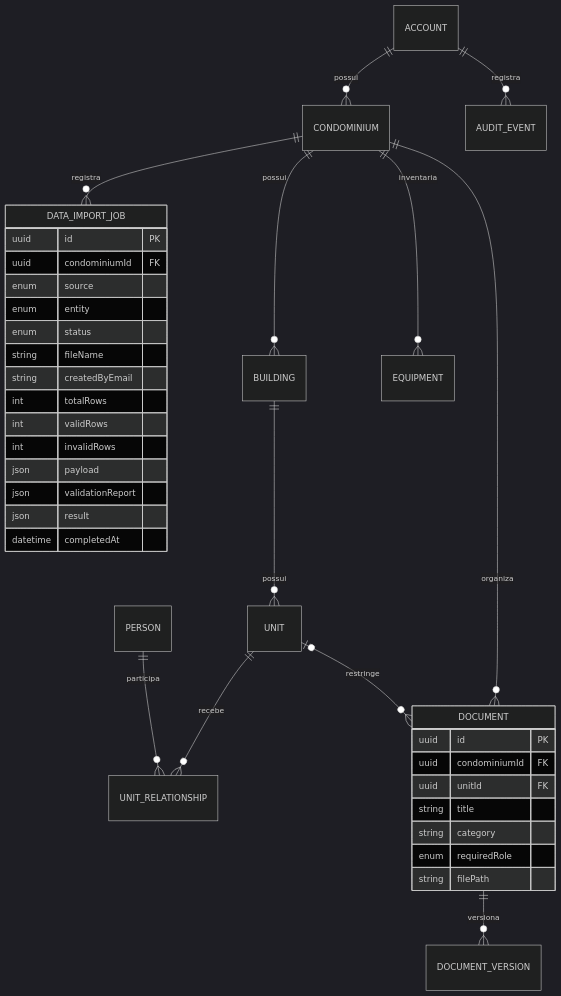
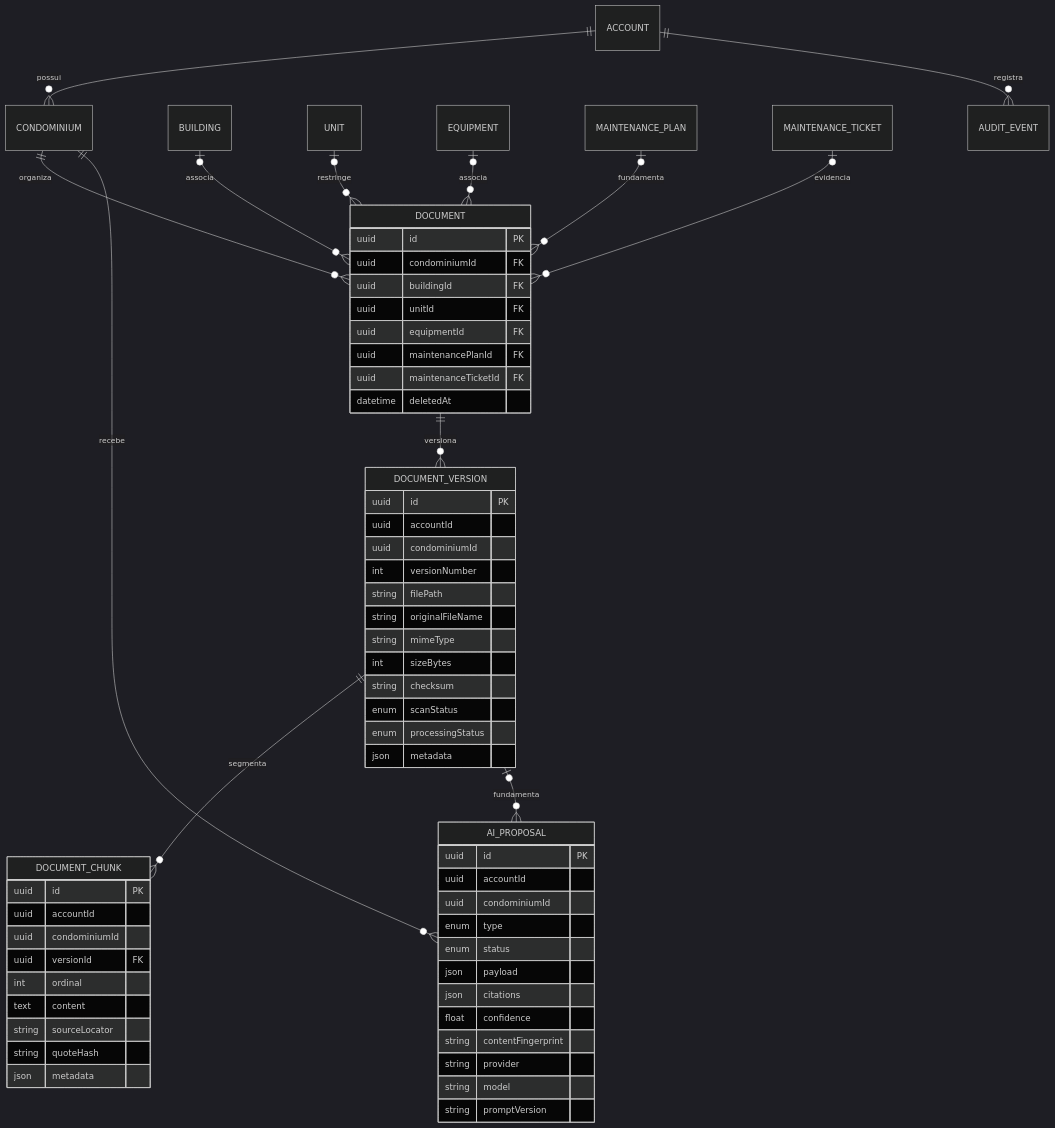
One commit to communitypower/GCV-Condominio-v3.0 changed the fourth of 5 diagrams in docs/DATA_IMPORT_TECHNICAL_ARCHITECTURE.md. Above: the diagram before and after it, drawn with Mermaid (dark theme). The commit also changed other lines of this file and 8 other files, not shown here.

````diff
--- a/docs/DATA_IMPORT_TECHNICAL_ARCHITECTURE.md
+++ b/docs/DATA_IMPORT_TECHNICAL_ARCHITECTURE.md
@@ -120,41 +176,65 @@
 ```mermaid
 erDiagram
     ACCOUNT ||--o{ CONDOMINIUM : possui
-    CONDOMINIUM ||--o{ DATA_IMPORT_JOB : registra
-    CONDOMINIUM ||--o{ BUILDING : possui
-    BUILDING ||--o{ UNIT : possui
-    UNIT ||--o{ UNIT_RELATIONSHIP : recebe
-    PERSON ||--o{ UNIT_RELATIONSHIP : participa
-    CONDOMINIUM ||--o{ EQUIPMENT : inventaria
     CONDOMINIUM ||--o{ DOCUMENT : organiza
+    BUILDING o|--o{ DOCUMENT : associa
     UNIT o|--o{ DOCUMENT : restringe
+    EQUIPMENT o|--o{ DOCUMENT : associa
+    MAINTENANCE_PLAN o|--o{ DOCUMENT : fundamenta
+    MAINTENANCE_TICKET o|--o{ DOCUMENT : evidencia
     DOCUMENT ||--o{ DOCUMENT_VERSION : versiona
+    DOCUMENT_VERSION ||--o{ DOCUMENT_CHUNK : segmenta
+    DOCUMENT_VERSION o|--o{ AI_PROPOSAL : fundamenta
+    CONDOMINIUM ||--o{ AI_PROPOSAL : recebe
     ACCOUNT ||--o{ AUDIT_EVENT : registra
-
-    DATA_IMPORT_JOB {
-        uuid id PK
-        uuid condominiumId FK
-        enum source
-        enum entity
-        enum status
-        string fileName
-        string createdByEmail
-        int totalRows
-        int validRows
-        int invalidRows
-        json payload
-        json validationReport
-        json result
-        datetime completedAt
-    }
 
     DOCUMENT {
         uuid id PK
         uuid condominiumId FK
+        uuid buildingId FK
         uuid unitId FK
-        string title
-        string category
-        enum requiredRole
+        uuid equipmentId FK
+        uuid maintenancePlanId FK
+        uuid maintenanceTicketId FK
+        datetime deletedAt
+    }
+    DOCUMENT_VERSION {
+        uuid id PK
+        uuid accountId
+        uuid condominiumId
+        int versionNumber
         string filePath
+        string originalFileName
+        string mimeType
+        int sizeBytes
+        string checksum
+        enum scanStatus
+        enum processingStatus
+        json metadata
+    }
+    DOCUMENT_CHUNK {
+        uuid id PK
+        uuid accountId
+        uuid condominiumId
+        uuid versionId FK
+        int ordinal
+        text content
+        string sourceLocator
+        string quoteHash
+        json metadata
+    }
+    AI_PROPOSAL {
+        uuid id PK
+        uuid accountId
+        uuid condominiumId
+        enum type
+        enum status
+        json payload
+        json citations
+        float confidence
+        string contentFingerprint
+        string provider
+        string model
+        string promptVersion
     }
 ```
````
